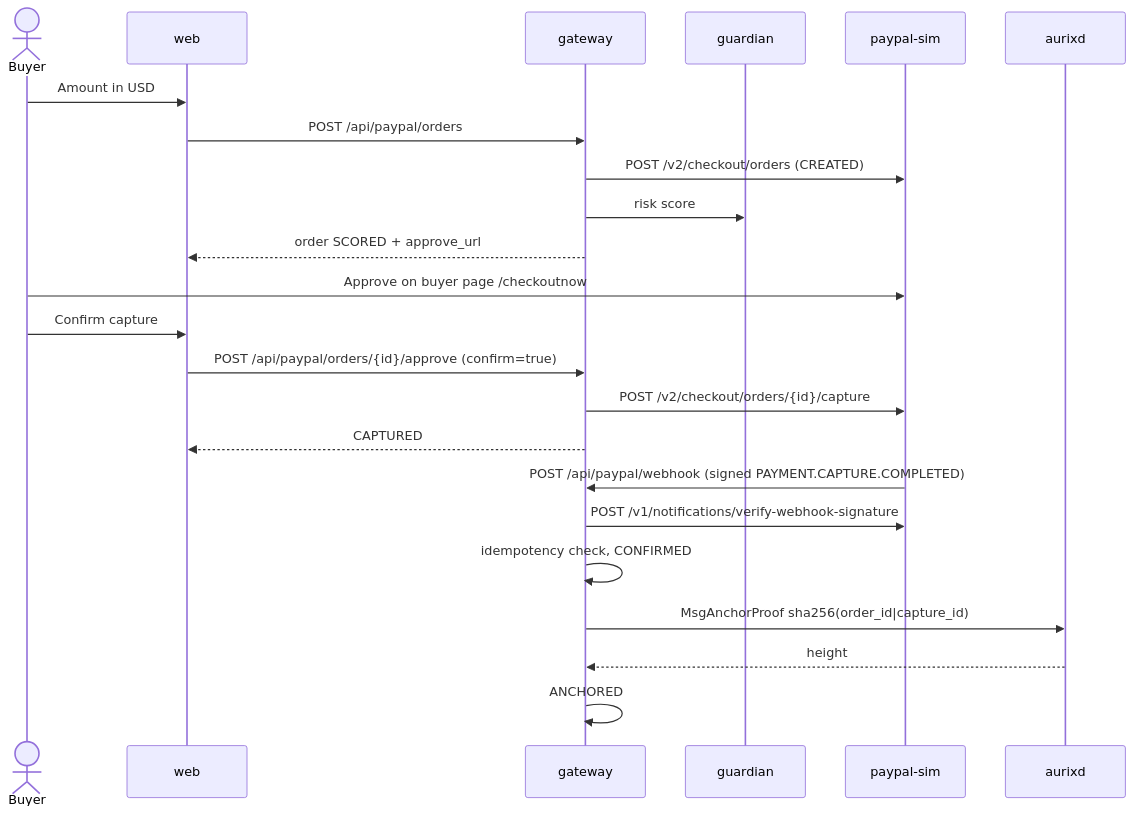
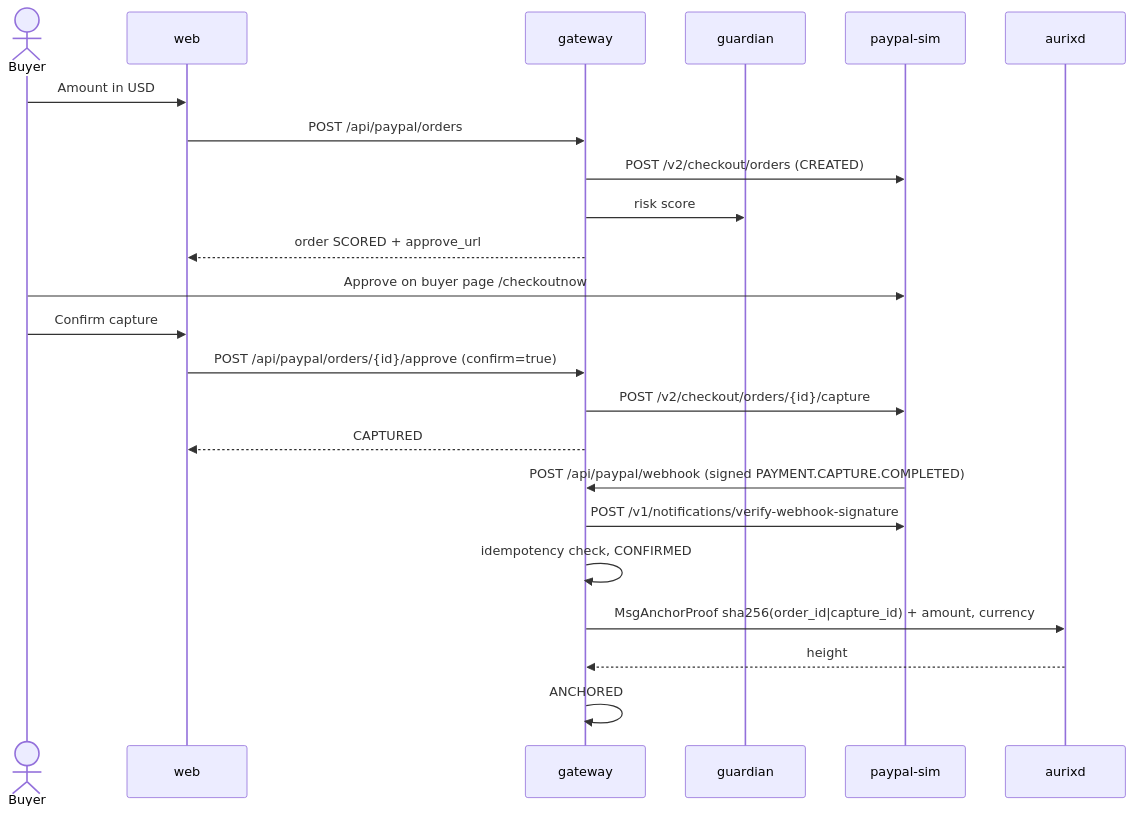
Before and after one commit to joeylukoji/Aurix: the fifth of 11 diagrams in docs/architecture/diagrams.md, drawn with Mermaid. The commit also changed 35 other files, not shown here.

````diff
--- a/docs/architecture/diagrams.md
+++ b/docs/architecture/diagrams.md
@@ -93,25 +93,25 @@
 ```mermaid
 sequenceDiagram
     actor B as Buyer
     participant W as web
     participant G as gateway
     participant N as guardian
     participant P as paypal-sim
     participant C as aurixd
     B->>W: Amount in USD
     W->>G: POST /api/paypal/orders
     G->>P: POST /v2/checkout/orders (CREATED)
     G->>N: risk score
     G-->>W: order SCORED + approve_url
     B->>P: Approve on buyer page /checkoutnow
     B->>W: Confirm capture
     W->>G: POST /api/paypal/orders/{id}/approve (confirm=true)
     G->>P: POST /v2/checkout/orders/{id}/capture
     G-->>W: CAPTURED
     P->>G: POST /api/paypal/webhook (signed PAYMENT.CAPTURE.COMPLETED)
     G->>P: POST /v1/notifications/verify-webhook-signature
     G->>G: idempotency check, CONFIRMED
-    G->>C: MsgAnchorProof sha256(order_id|capture_id)
+    G->>C: MsgAnchorProof sha256(order_id|capture_id) + amount, currency
     C-->>G: height
     G->>G: ANCHORED
 ```
````
